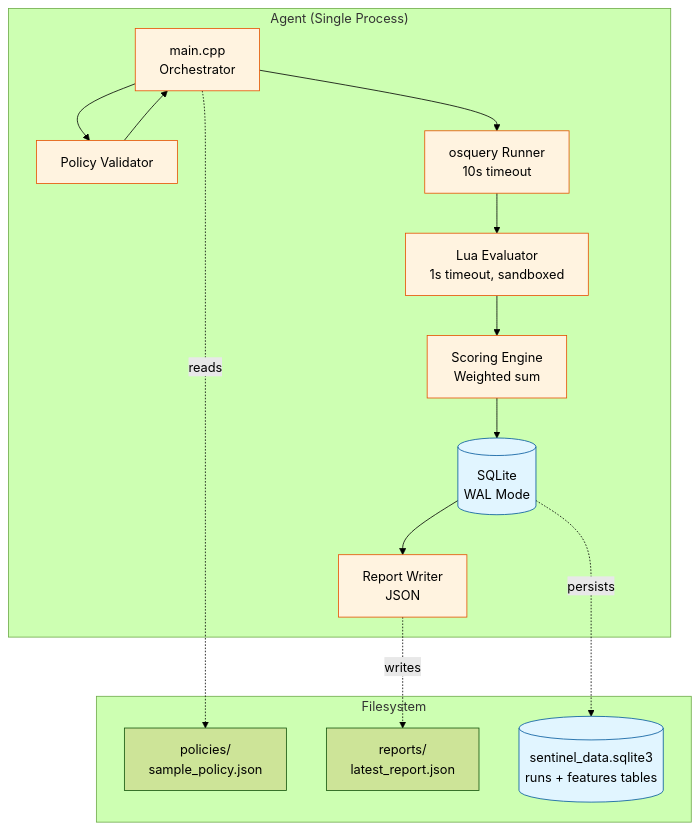
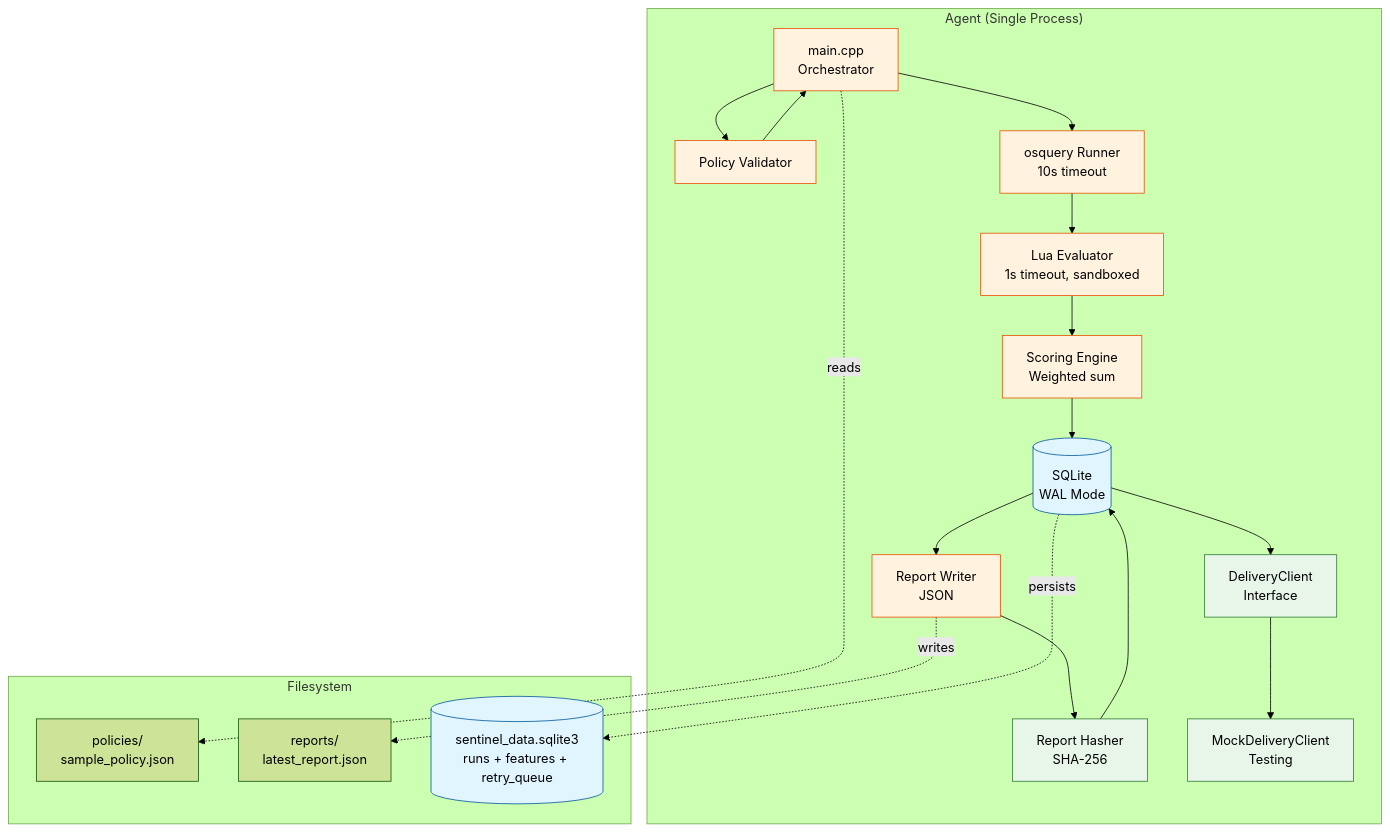
Before and after one commit to rohan2107/Sentinel: the diagram in architecture/README.md, drawn with Mermaid (forest theme). The commit also changed other lines of this file and 8 other files, not shown here.

````diff
--- a/architecture/README.md
+++ b/architecture/README.md
@@ -7,36 +7,47 @@
 ```mermaid
 graph TB
     subgraph "Agent (Single Process)"
         M[main.cpp<br/>Orchestrator]
         PV[Policy Validator]
         OR[osquery Runner<br/>10s timeout]
         LE[Lua Evaluator<br/>1s timeout, sandboxed]
         SC[Scoring Engine<br/>Weighted sum]
         DB[(SQLite<br/>WAL Mode)]
         RW[Report Writer<br/>JSON]
         
+        RH[Report Hasher<br/>SHA-256]
+        DC[DeliveryClient<br/>Interface]
+        MOCK[MockDeliveryClient<br/>Testing]
+        
         M --> PV
         PV --> M
         M --> OR
         OR --> LE
         LE --> SC
         SC --> DB
         DB --> RW
+        
+        RW --> RH
+        RH --> DB
+        DB --> DC
+        DC --> MOCK
     end
     
     subgraph "Filesystem"
         POL[policies/<br/>sample_policy.json]
         REP[reports/<br/>latest_report.json]
-        DBFILE[(sentinel_data.sqlite3<br/>runs + features tables)]
+        DBFILE[(sentinel_data.sqlite3<br/>runs + features + retry_queue)]
     end
     
     M -.reads.-> POL
     RW -.writes.-> REP
     DB -.persists.-> DBFILE
     
     classDef storage fill:#e1f5ff,stroke:#01579b
     classDef compute fill:#fff3e0,stroke:#e65100
+    classDef delivery fill:#e8f5e9,stroke:#2e7d32
     
     class DB,DBFILE storage
     class M,PV,OR,LE,SC,RW compute
+    class RH,DC,MOCK delivery
 ```
````
